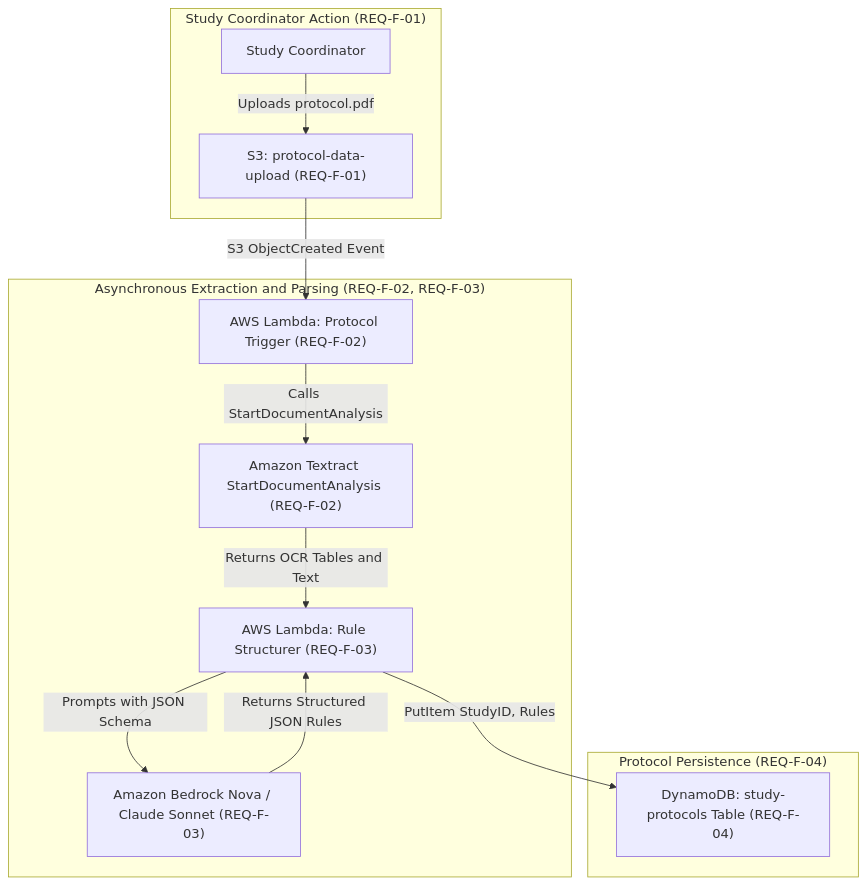
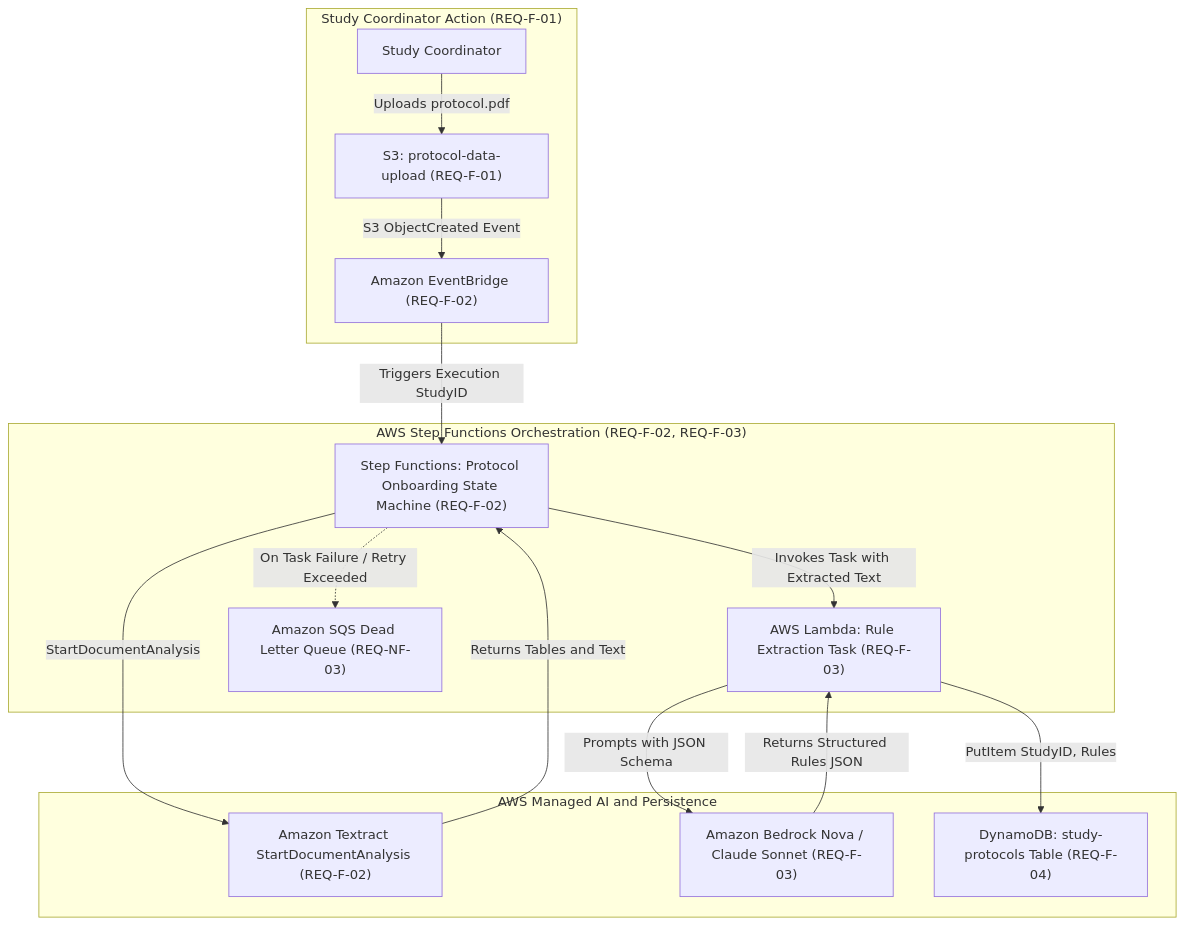
One commit to skarj/aws-solution-medical-agent changed the second of 7 diagrams in Architecture.md. Above: the diagram before and after it, drawn with Mermaid. The commit also changed other lines of this file and 6 other files, not shown here.

````diff
--- a/Architecture.md
+++ b/Architecture.md
@@ -39,26 +43,31 @@
 ```mermaid
 graph TD
     subgraph Coordinator_Tier ["Study Coordinator Action (REQ-F-01)"]
         USER["Study Coordinator"]
         S3_PROTO["S3: protocol-data-upload (REQ-F-01)"]
+        EV_BRIDGE["Amazon EventBridge (REQ-F-02)"]
     end
 
-    subgraph Extraction_Pipeline ["Asynchronous Extraction and Parsing (REQ-F-02, REQ-F-03)"]
-        LAMBDA_START["AWS Lambda: Protocol Trigger (REQ-F-02)"]
-        TEXTRACT["Amazon Textract StartDocumentAnalysis (REQ-F-02)"]
-        LAMBDA_STRUCT["AWS Lambda: Rule Structurer (REQ-F-03)"]
-        BEDROCK_LLM["Amazon Bedrock Nova / Claude Sonnet (REQ-F-03)"]
+    subgraph Step_Functions_Tier ["AWS Step Functions Orchestration (REQ-F-02, REQ-F-03)"]
+        SFN_PROTO["Step Functions: Protocol Onboarding State Machine (REQ-F-02)"]
+        LAMBDA_STRUCT["AWS Lambda: Rule Extraction Task (REQ-F-03)"]
+        SQS_DLQ["Amazon SQS Dead Letter Queue (REQ-NF-03)"]
     end
 
-    subgraph Storage_Tier ["Protocol Persistence (REQ-F-04)"]
+    subgraph External_Services ["AWS Managed AI and Persistence"]
+        TEXTRACT["Amazon Textract StartDocumentAnalysis (REQ-F-02)"]
+        BEDROCK_LLM["Amazon Bedrock Nova / Claude Sonnet (REQ-F-03)"]
         DDB_PROTO["DynamoDB: study-protocols Table (REQ-F-04)"]
     end
 
     USER -->|"Uploads protocol.pdf"| S3_PROTO
-    S3_PROTO -->|"S3 ObjectCreated Event"| LAMBDA_START
-    LAMBDA_START -->|"Calls StartDocumentAnalysis"| TEXTRACT
-    TEXTRACT -->|"Returns OCR Tables and Text"| LAMBDA_STRUCT
+    S3_PROTO -->|"S3 ObjectCreated Event"| EV_BRIDGE
+    EV_BRIDGE -->|"Triggers Execution StudyID"| SFN_PROTO
+    SFN_PROTO -->|"StartDocumentAnalysis"| TEXTRACT
+    TEXTRACT -->|"Returns Tables and Text"| SFN_PROTO
+    SFN_PROTO -->|"Invokes Task with Extracted Text"| LAMBDA_STRUCT
     LAMBDA_STRUCT -->|"Prompts with JSON Schema"| BEDROCK_LLM
-    BEDROCK_LLM -->|"Returns Structured JSON Rules"| LAMBDA_STRUCT
+    BEDROCK_LLM -->|"Returns Structured Rules JSON"| LAMBDA_STRUCT
     LAMBDA_STRUCT -->|"PutItem StudyID, Rules"| DDB_PROTO
+    SFN_PROTO -.->|"On Task Failure / Retry Exceeded"| SQS_DLQ
 ```
````
